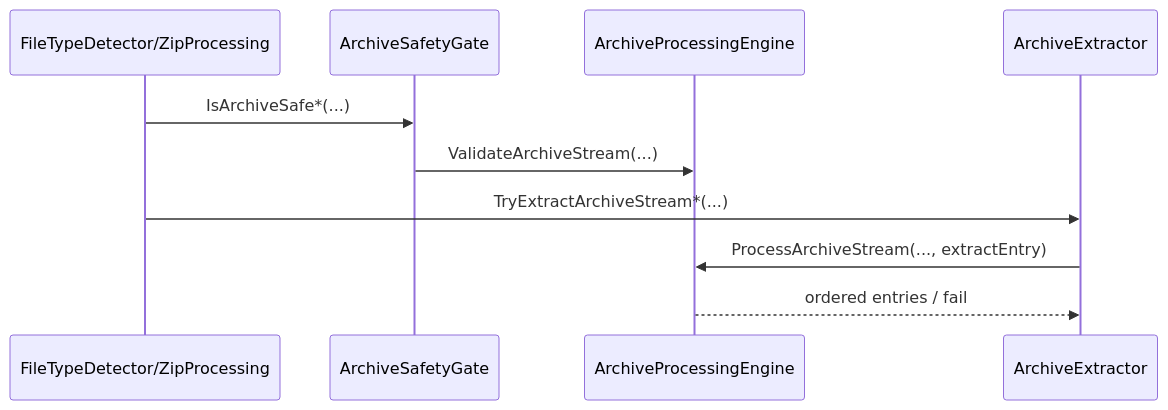
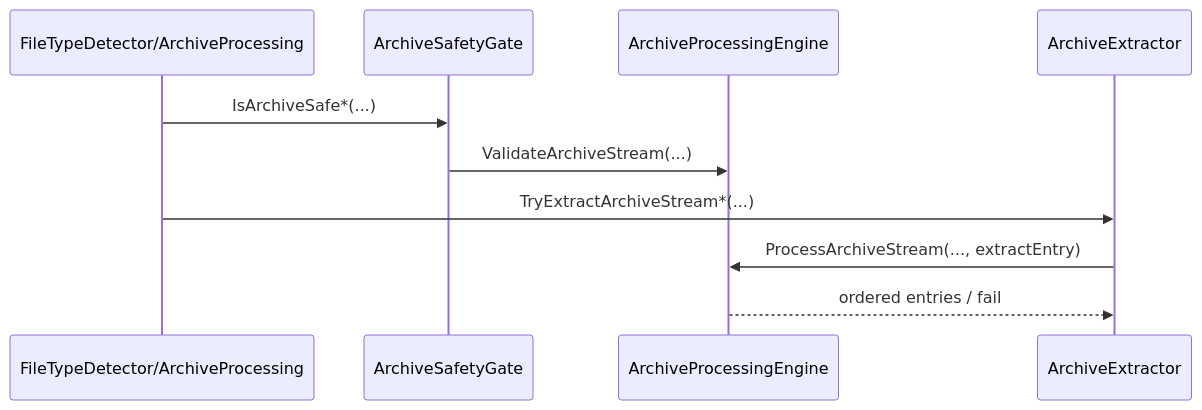
One commit to tomtastisch/FileClassifier changed the diagram in src/FileTypeDetection/Infrastructure/README.md. Above: the diagram before and after it, drawn with Mermaid. The commit also changed other lines of this file and 32 other files, not shown here.

Commit message:
refactor: vereinheitliche zip-benennungen auf archive

````diff
--- a/src/FileTypeDetection/Infrastructure/README.md
+++ b/src/FileTypeDetection/Infrastructure/README.md
@@ -26,13 +28,13 @@
 ```mermaid
 sequenceDiagram
-    participant API as FileTypeDetector/ZipProcessing
+    participant API as FileTypeDetector/ArchiveProcessing
     participant Gate as ArchiveSafetyGate
     participant Engine as ArchiveProcessingEngine
     participant Extractor as ArchiveExtractor
 
     API->>Gate: IsArchiveSafe*(...)
     Gate->>Engine: ValidateArchiveStream(...)
     API->>Extractor: TryExtractArchiveStream*(...)
     Extractor->>Engine: ProcessArchiveStream(..., extractEntry)
     Engine-->>Extractor: ordered entries / fail
 ```
````
